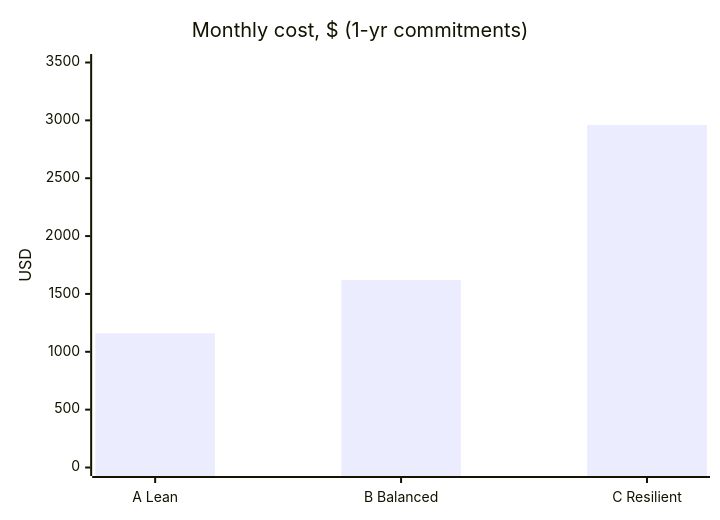
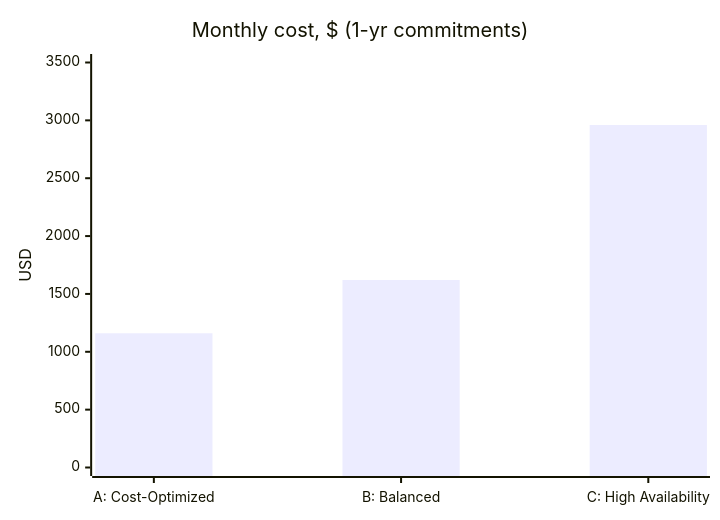
Before and after one commit to knightus/99tech-devops-challenge: the third of 3 diagrams in src/problem1/SOLUTION.md, drawn with Mermaid. The commit also changed other lines of this file and 2 other files, not shown here.

````diff
--- a/src/problem1/SOLUTION.md
+++ b/src/problem1/SOLUTION.md
@@ -143,7 +140,7 @@
 ```mermaid
 xychart-beta
   title "Monthly cost, $ (1-yr commitments)"
-  x-axis ["A Lean", "B Balanced", "C Resilient"]
+  x-axis ["A: Cost-Optimized", "B: Balanced", "C: High Availability"]
   y-axis "USD" 0 --> 3500
   bar [1160, 1620, 2960]
 ```
````
